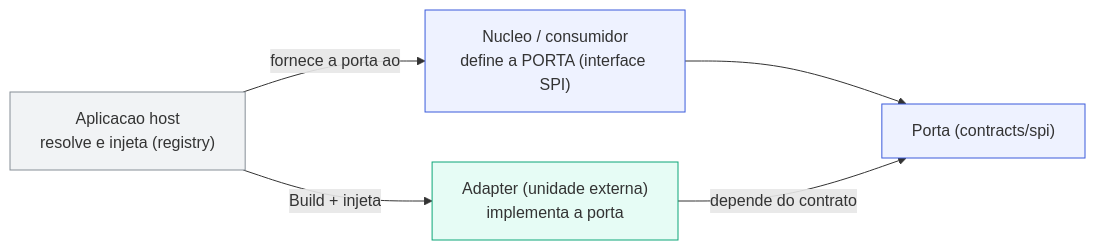
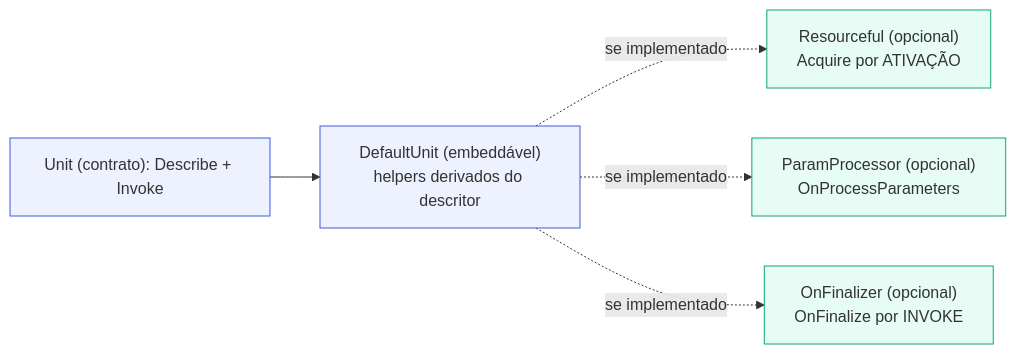
One commit to PlugfyOS/plugfy.framework.contracts changed the fourth of 17 diagrams in docs/architecture/plugfy-framework-architecture.md. Above: the diagram before and after it, drawn with Mermaid. The commit also changed other lines of this file and 1 other file, not shown here.

First line of the commit message:
docs(architecture): rewrite framework arch doc to final state — Unit + Pipeline + Execution only

````diff
--- a/docs/architecture/plugfy-framework-architecture.md
+++ b/docs/architecture/plugfy-framework-architecture.md
@@ -243,15 +250,15 @@
 ```mermaid
 flowchart LR
   classDef core fill:#eef2ff,stroke:#3b5bdb;
-  classDef adp fill:#e6fcf5,stroke:#0ca678;
-  classDef host fill:#f1f3f5,stroke:#868e96;
-  DOM["Nucleo / consumidor<br/>define a PORTA (interface SPI)"]
-  PORT["Porta (contracts/spi)"]
-  ADAP["Adapter (unidade externa)<br/>implementa a porta"]
-  HOST["Aplicacao host<br/>resolve e injeta (registry)"]
-  DOM --> PORT
-  ADAP -->|"depende do contrato"| PORT
-  HOST -->|"Build + injeta"| ADAP
-  HOST -->|"fornece a porta ao"| DOM
-  class DOM,PORT core; class ADAP adp; class HOST host;
+  classDef opt fill:#e6fcf5,stroke:#0ca678;
+  U["Unit (contrato): Describe + Invoke"]
+  D["DefaultUnit (embeddável)<br/>helpers derivados do descritor"]
+  R["Resourceful (opcional)<br/>Acquire por ATIVAÇÃO"]
+  P["ParamProcessor (opcional)<br/>OnProcessParameters"]
+  F["OnFinalizer (opcional)<br/>OnFinalize por INVOKE"]
+  U --> D
+  D -.->|"se implementado"| R
+  D -.->|"se implementado"| P
+  D -.->|"se implementado"| F
+  class U,D core; class R,P,F opt;
 ```
````
